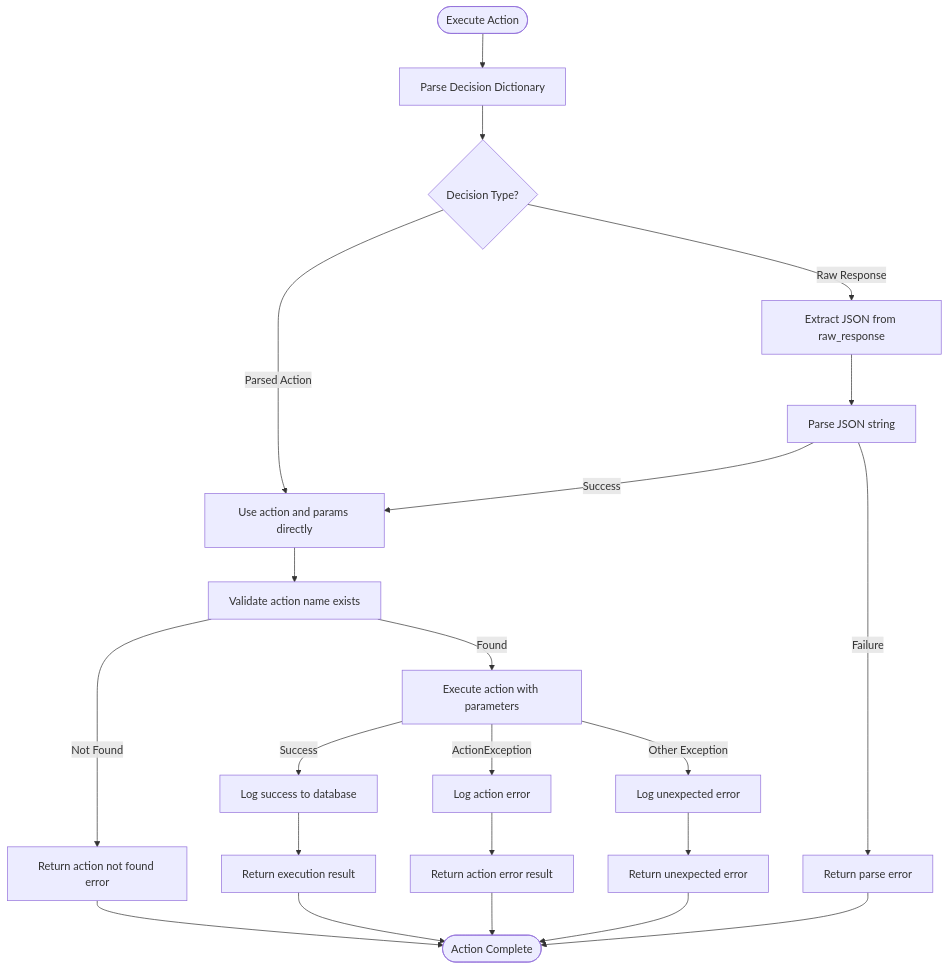
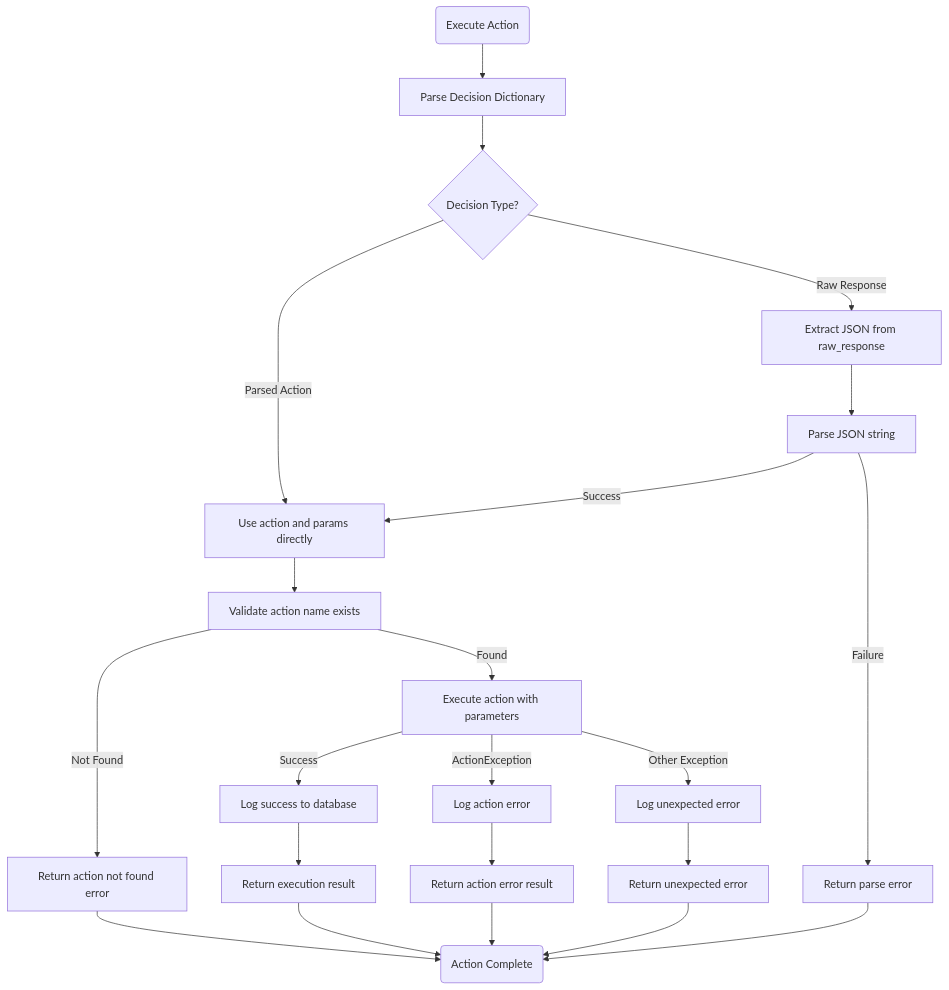
The fourth of 7 diagrams in docs/API Reference/Action System API.md (Likhithsai2580/RAVANA-WIKI), drawn with Mermaid before and after one commit. The commit also changed 31 other files, not shown here.

First line of the commit message:
Fix(docs): Correct Mermaid diagram syntax

````diff
--- a/docs/API Reference/Action System API.md
+++ b/docs/API Reference/Action System API.md
@@ -267,24 +267,24 @@
 ```mermaid
 flowchart TD
-Start([Execute Action]) --> ParseDecision["Parse Decision Dictionary"]
+Start("Execute Action") --> ParseDecision["Parse Decision Dictionary"]
 ParseDecision --> DecisionType{"Decision Type?"}
 DecisionType --> |Parsed Action| UseActionData["Use action and params directly"]
 DecisionType --> |Raw Response| ExtractJSON["Extract JSON from raw_response"]
 ExtractJSON --> ParseJSON["Parse JSON string"]
 ParseJSON --> |Success| UseActionData
 ParseJSON --> |Failure| ReturnParseError["Return parse error"]
 UseActionData --> ValidateAction["Validate action name exists"]
 ValidateAction --> |Not Found| ReturnActionError["Return action not found error"]
 ValidateAction --> |Found| ExecuteAction["Execute action with parameters"]
 ExecuteAction --> |Success| LogSuccess["Log success to database"]
 ExecuteAction --> |ActionException| LogActionError["Log action error"]
 ExecuteAction --> |Other Exception| LogUnexpectedError["Log unexpected error"]
 LogSuccess --> ReturnResult["Return execution result"]
 LogActionError --> ReturnActionErrorResult["Return action error result"]
 LogUnexpectedError --> ReturnUnexpectedError["Return unexpected error"]
-ReturnResult --> End([Action Complete])
+ReturnResult --> End("Action Complete")
 ReturnActionErrorResult --> End
 ReturnUnexpectedError --> End
 ReturnParseError --> End
 ReturnActionError --> End
 ```
````
